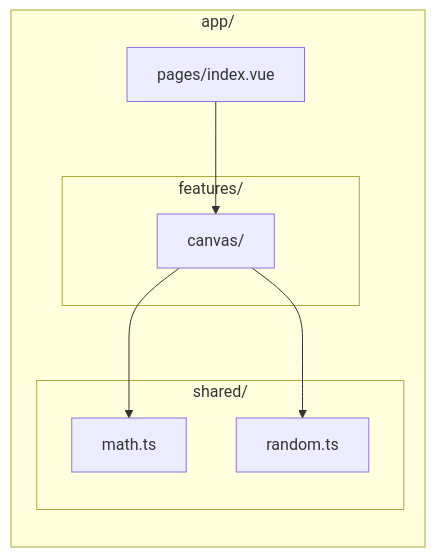
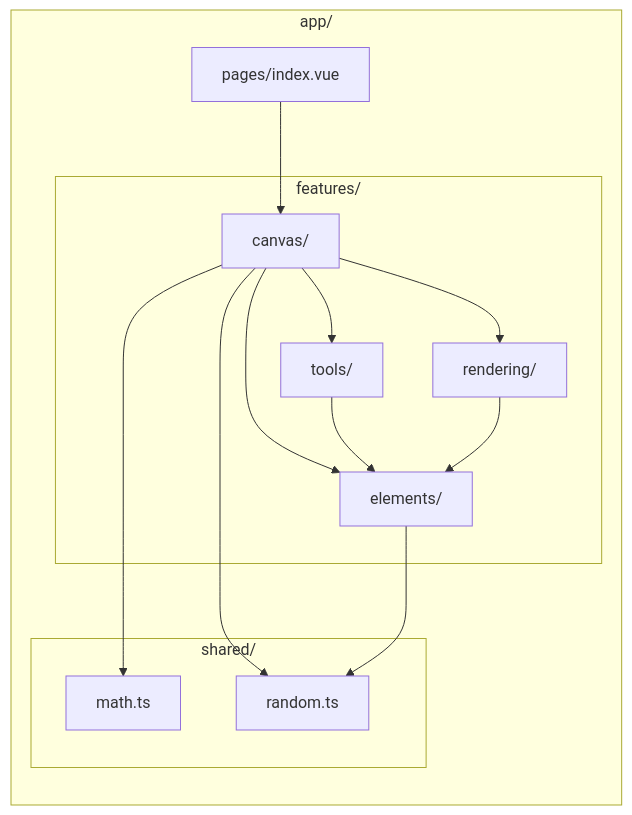
One commit to alexanderop/excalidrawNuxt changed the fifth of 7 diagrams in docs/SYSTEM_KNOWLEDGE_MAP.md. Above: the diagram before and after it, drawn with Mermaid. The commit also changed other lines of this file and 41 other files, not shown here.

First line of the commit message:
feat(canvas): add shape drawing with elements, rendering, and tools (Phase 2)

````diff
--- a/docs/SYSTEM_KNOWLEDGE_MAP.md
+++ b/docs/SYSTEM_KNOWLEDGE_MAP.md
@@ -69,17 +127,26 @@
 ```mermaid
 graph LR
     subgraph "app/"
         Pages[pages/index.vue]
         subgraph "features/"
             Canvas[canvas/]
+            Elements[elements/]
+            Rendering[rendering/]
+            Tools[tools/]
         end
         subgraph "shared/"
             Math[math.ts]
             Random[random.ts]
         end
     end
 
     Pages --> Canvas
+    Canvas --> Elements
+    Canvas --> Rendering
+    Canvas --> Tools
+    Tools --> Elements
+    Rendering --> Elements
     Canvas --> Math
     Canvas --> Random
+    Elements --> Random
 ```
````
